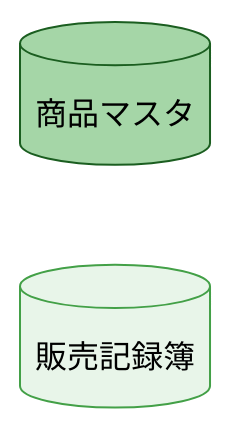
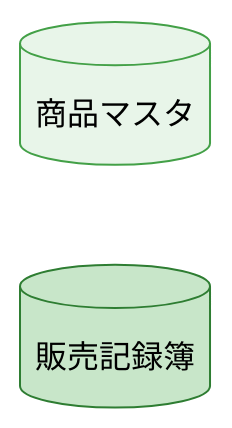
One commit to specdojo/specdojo changed the fifth of 5 diagrams in docs/ja/specdojo/rulebooks/cdfd-mermaid-rulebook.md. Above: the diagram before and after it, drawn with Mermaid. The commit also changed other lines of this file and 8 other files, not shown here.

````diff
--- a/docs/ja/specdojo/rulebooks/cdfd-mermaid-rulebook.md
+++ b/docs/ja/specdojo/rulebooks/cdfd-mermaid-rulebook.md
@@ -198,11 +198,12 @@
 ```mermaid
 flowchart LR
-  classDef storeMaster fill:#a5d6a7,stroke:#1b5e20,color:#000
-  classDef storeTransaction fill:#e8f5e9,stroke:#43a047,color:#000
+  classDef storeMaster fill:#e8f5e9,stroke:#43a047,color:#000
+  classDef storeTransaction fill:#c8e6c9,stroke:#2e7d32,color:#000
+  classDef physicalStore fill:#c8e6c9,stroke:#2e7d32,color:#000
 
   商品マスタ[("商品マスタ")]
   販売記録簿[("販売記録簿")]
 
   class 商品マスタ storeMaster
   class 販売記録簿 storeTransaction
 ```
````
